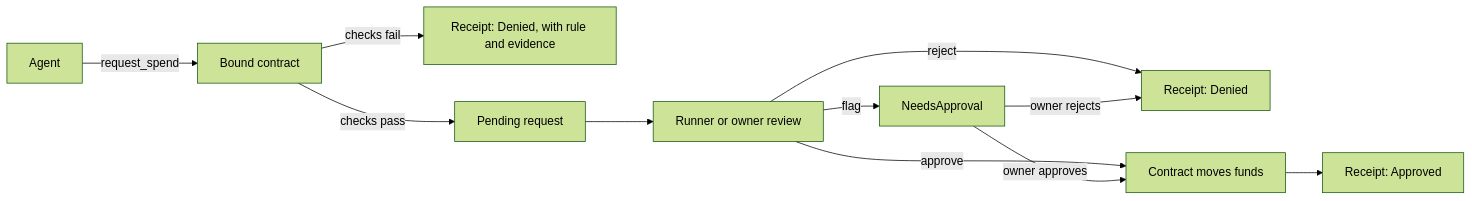
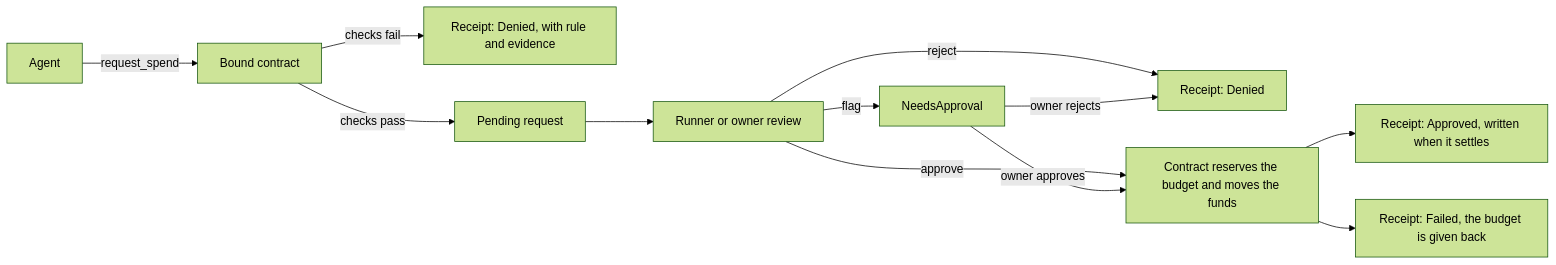
The diagram in README.md (unifyWeb3/near-bound), drawn with Mermaid (forest theme) before and after one commit. The commit also changed other lines of this file, not shown here.

````diff
--- a/README.md
+++ b/README.md
@@ -63,13 +63,14 @@
 ```mermaid
 flowchart LR
   A[Agent] -->|request_spend| C[Bound contract]
   C -->|checks fail| D[Receipt: Denied, with rule and evidence]
   C -->|checks pass| P[Pending request]
   P --> R[Runner or owner review]
   R -->|flag| N[NeedsApproval]
   R -->|reject| RJ[Receipt: Denied]
-  R -->|approve| T[Contract moves funds]
-  T --> AP[Receipt: Approved]
+  R -->|approve| T[Contract reserves the budget and moves the funds]
+  T --> AP[Receipt: Approved, written when it settles]
+  T --> AF[Receipt: Failed, the budget is given back]
   N -->|owner approves| T
   N -->|owner rejects| RJ
 ```
````
